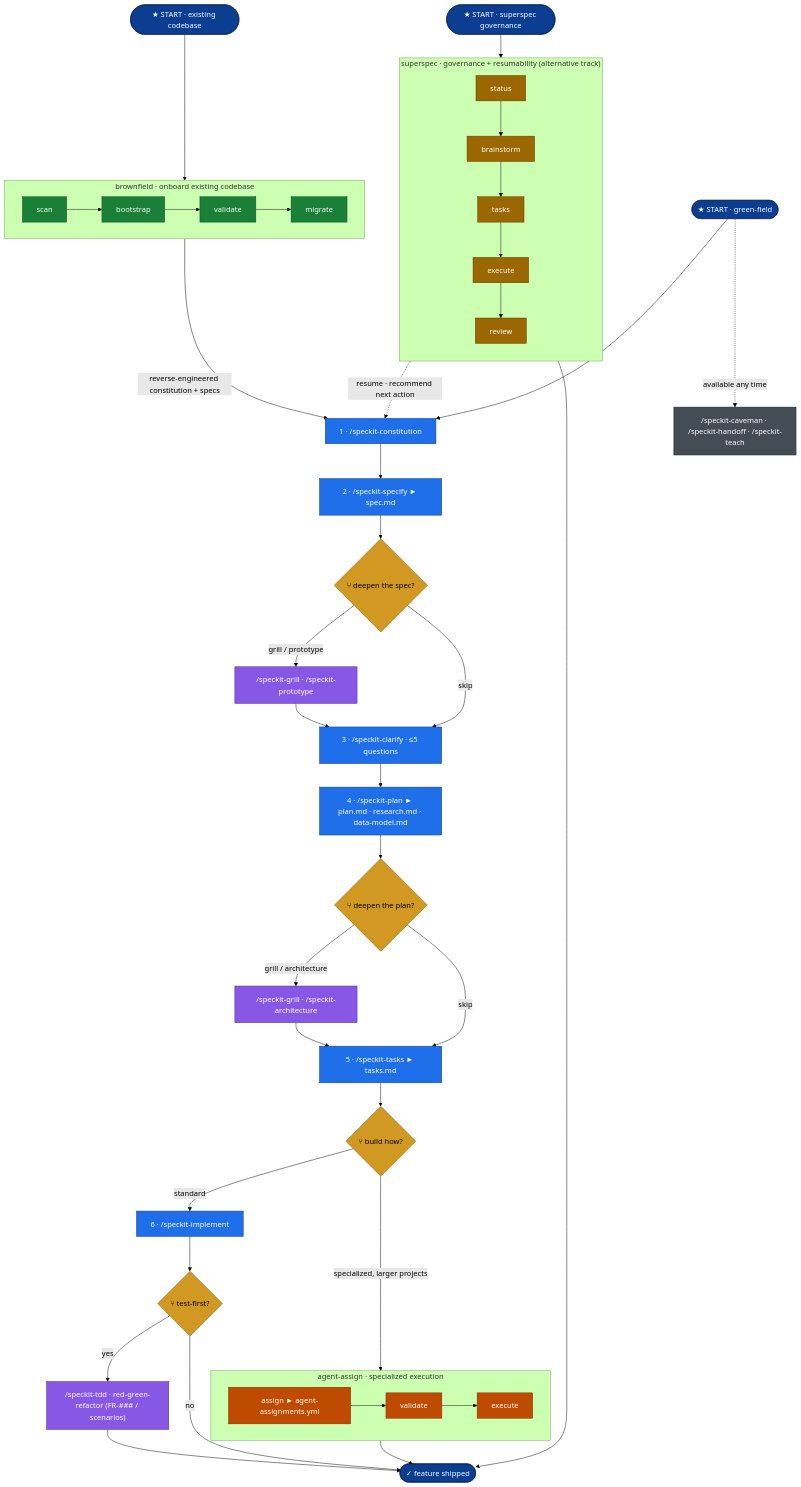
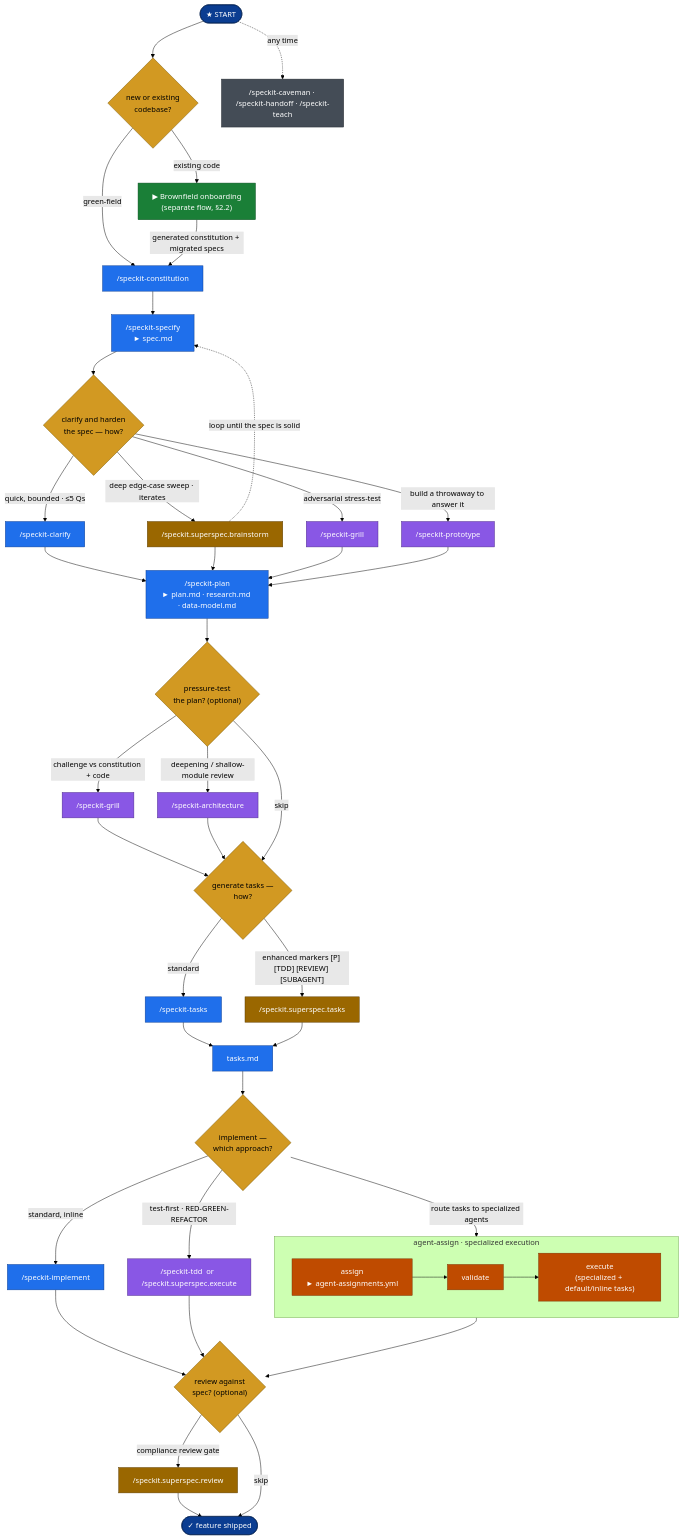
The first of 2 diagrams in WORKFLOW.md (schwarz-christoph/spec-kit-csc-extension), drawn with Mermaid (forest theme) before and after one commit. The commit also changed other lines of this file and 2 other files, not shown here.

Commit message:
Imporved Workflow Graph

````diff
--- a/WORKFLOW.md
+++ b/WORKFLOW.md
@@ -119,61 +98,63 @@
 ```mermaid
 flowchart TD
-    %% ===== entry points =====
-    G([★ START · green-field]):::entry
-    E([★ START · existing codebase]):::entry
+    START([★ START]):::entry --> Q0{"new or existing<br/>codebase?"}:::branch
+    Q0 -->|green-field| C
+    Q0 -->|existing code| BREF["▶ Brownfield onboarding<br/>(separate flow, §2.2)"]:::bf
+    BREF -->|generated constitution + migrated specs| C
 
-    %% ===== brownfield: onboard an existing codebase (extension, runs first) =====
-    subgraph BF["brownfield · onboard existing codebase"]
-        direction LR
-        bf1["scan"]:::bf --> bf2["bootstrap"]:::bf --> bf3["validate"]:::bf --> bf4["migrate"]:::bf
-    end
-    E --> bf1
-    bf4 -->|reverse-engineered constitution + specs| C
+    C["/speckit-constitution"]:::core --> S["/speckit-specify<br/>► spec.md"]:::core
 
-    %% ===== linear happy path =====
-    G --> C
-    C["1 · /speckit-constitution"]:::core --> S["2 · /speckit-specify ► spec.md"]:::core
-    S --> b1{"⑂ deepen the spec?"}:::branch
-    b1 -->|grill / prototype| D1["/speckit-grill · /speckit-prototype"]:::csc --> CL
-    b1 -->|skip| CL
-    CL["3 · /speckit-clarify · ≤5 questions"]:::core --> P["4 · /speckit-plan ► plan.md · research.md · data-model.md"]:::core
-    P --> b2{"⑂ deepen the plan?"}:::branch
-    b2 -->|grill / architecture| D2["/speckit-grill · /speckit-architecture"]:::csc --> T
-    b2 -->|skip| T
-    T["5 · /speckit-tasks ► tasks.md"]:::core --> b3{"⑂ build how?"}:::branch
-    b3 -->|standard| IMPL["6 · /speckit-implement"]:::core
-    b3 -->|specialized, larger projects| AA
+    %% ---- decision: how to clarify / harden the spec ----
+    S --> Q1{"clarify and harden<br/>the spec — how?"}:::branch
+    Q1 -->|"quick, bounded · ≤5 Qs"| CL["/speckit-clarify"]:::core
+    Q1 -->|"deep edge-case sweep · iterates"| BR["/speckit.superspec.brainstorm"]:::ss
+    Q1 -->|"adversarial stress-test"| GR1["/speckit-grill"]:::csc
+    Q1 -->|"build a throwaway to answer it"| PR["/speckit-prototype"]:::csc
+    BR -. loop until the spec is solid .-> S
+    CL --> P
+    BR --> P
+    GR1 --> P
+    PR --> P
 
-    %% ===== agent-assign: specialized execution (extension, replaces implement) =====
+    P["/speckit-plan<br/>► plan.md · research.md · data-model.md"]:::core --> Q2{"pressure-test<br/>the plan? (optional)"}:::branch
+    Q2 -->|"challenge vs constitution + code"| GR2["/speckit-grill"]:::csc --> Q3
+    Q2 -->|"deepening / shallow-module review"| AR["/speckit-architecture"]:::csc --> Q3
+    Q2 -->|skip| Q3
+
+    %% ---- decision: how to generate tasks ----
+    Q3{"generate tasks —<br/>how?"}:::branch
+    Q3 -->|standard| T1["/speckit-tasks"]:::core
+    Q3 -->|"enhanced markers [P] [TDD] [REVIEW] [SUBAGENT]"| T2["/speckit.superspec.tasks"]:::ss
+    T1 --> TM["tasks.md"]:::core
+    T2 --> TM
+
+    %% ---- decision: how to implement ----
+    TM --> Q4{"implement —<br/>which approach?"}:::branch
+    Q4 -->|"standard, inline"| I1["/speckit-implement"]:::core
+    Q4 -->|"test-first · RED-GREEN-REFACTOR"| I2["/speckit-tdd  or  /speckit.superspec.execute"]:::csc
+    Q4 -->|"route tasks to specialized agents"| AA1
     subgraph AA["agent-assign · specialized execution"]
         direction LR
-        aa1["assign ► agent-assignments.yml"]:::aa --> aa2["validate"]:::aa --> aa3["execute"]:::aa
+        AA1["assign<br/>► agent-assignments.yml"]:::aa --> AA2["validate"]:::aa --> AA3["execute<br/>(specialized + default/inline tasks)"]:::aa
     end
 
-    IMPL --> b4{"⑂ test-first?"}:::branch
-    b4 -->|yes| TDD["/speckit-tdd · red-green-refactor (FR-### / scenarios)"]:::csc --> DONE
-    b4 -->|no| DONE
-    aa3 --> DONE
+    I1 --> Q5
+    I2 --> Q5
+    AA3 --> Q5
+    Q5{"review against<br/>spec? (optional)"}:::branch
+    Q5 -->|"compliance review gate"| RV["/speckit.superspec.review"]:::ss --> DONE
+    Q5 -->|skip| DONE
     DONE([✓ feature shipped]):::entry
 
-    %% ===== superspec: parallel governance track (extension) =====
-    SG([★ START · superspec governance]):::entry --> ss1
-    subgraph SS["superspec · governance + resumability (alternative track)"]
-        direction TB
-        ss1["status"]:::ss --> ss2["brainstorm"]:::ss --> ss3["tasks"]:::ss --> ss4["execute"]:::ss --> ss5["review"]:::ss
-    end
-    ss1 -.->|resume · recommend next action| C
-    ss5 --> DONE
-
-    %% ===== always-available csc utilities =====
-    G -. available any time .-> UTIL["/speckit-caveman · /speckit-handoff · /speckit-teach"]:::util
+    %% ---- always available, off the path ----
+    START -. any time .-> UTIL["/speckit-caveman · /speckit-handoff · /speckit-teach"]:::util
 
     classDef entry fill:#0b3d91,stroke:#06214d,color:#fff;
     classDef core fill:#1f6feb,stroke:#0b3d91,color:#fff;
     classDef csc fill:#8957e5,stroke:#4c2889,color:#fff;
     classDef bf fill:#1a7f37,stroke:#0d4f22,color:#fff;
     classDef aa fill:#bf4b00,stroke:#7a3000,color:#fff;
     classDef ss fill:#9a6700,stroke:#5c3d00,color:#fff;
     classDef branch fill:#d29922,stroke:#7a5800,color:#000;
     classDef util fill:#444c56,stroke:#22272e,color:#fff;
 ```
````
